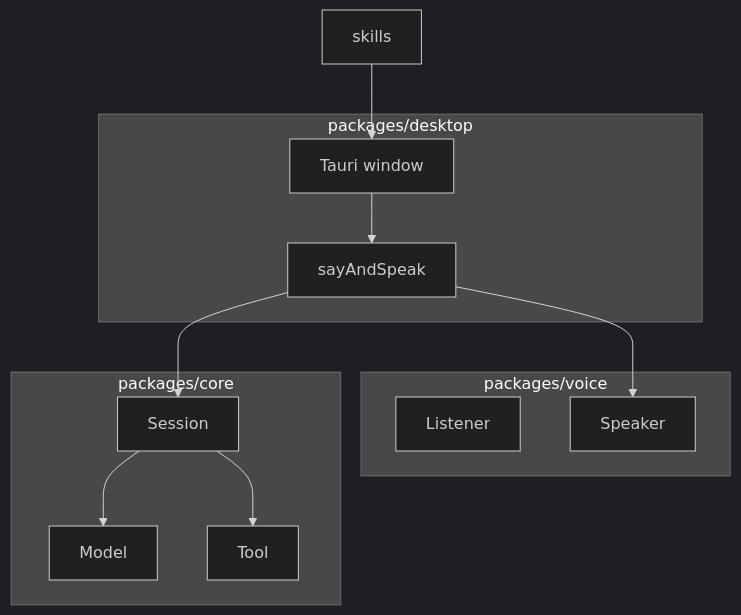
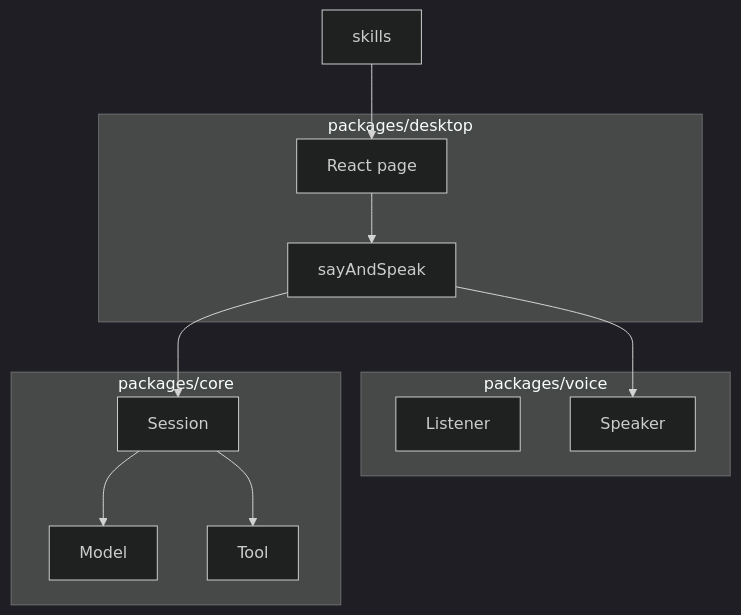
The first of 2 diagrams in docs/architecture.md (ItsYuma/Caprice), drawn with Mermaid (dark theme) before and after one commit. The commit also changed other lines of this file and 14 other files, not shown here.

First line of the commit message:
Render the window with React

````diff
--- a/docs/architecture.md
+++ b/docs/architecture.md
@@ -7,23 +7,23 @@
 ```mermaid
 flowchart TB
   subgraph shell [packages/desktop]
-    window[Tauri window]
+    window[React page]
     host[sayAndSpeak]
   end
   subgraph voice [packages/voice]
     listener[Listener]
     speaker[Speaker]
   end
   subgraph corepkg [packages/core]
     session[Session]
     model[Model]
     tools[Tool]
   end
   skills[skills]
   window --> host
   host --> session
   host --> speaker
   skills --> window
   session --> model
   session --> tools
 ```
````
